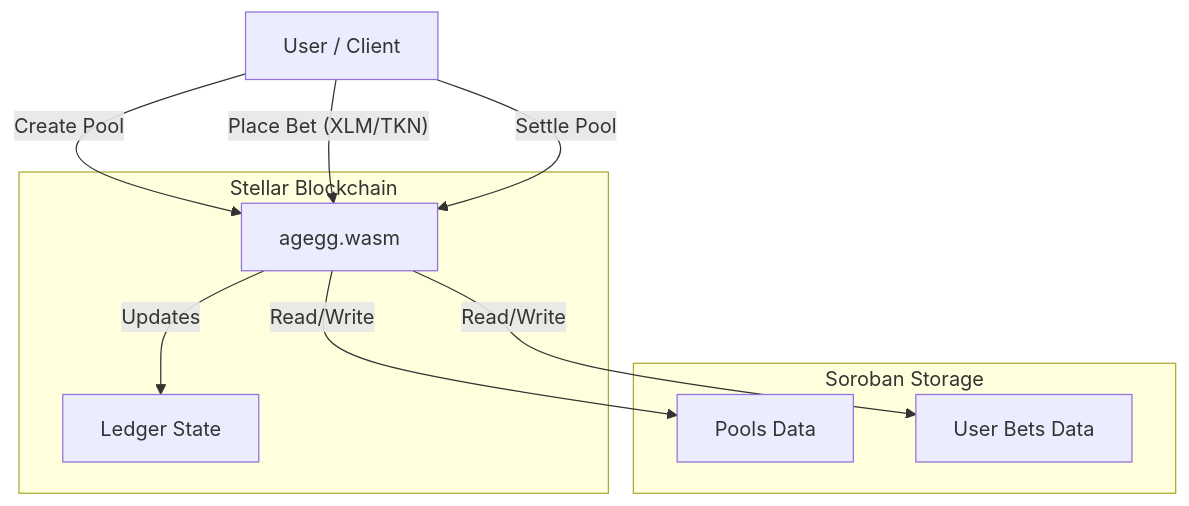
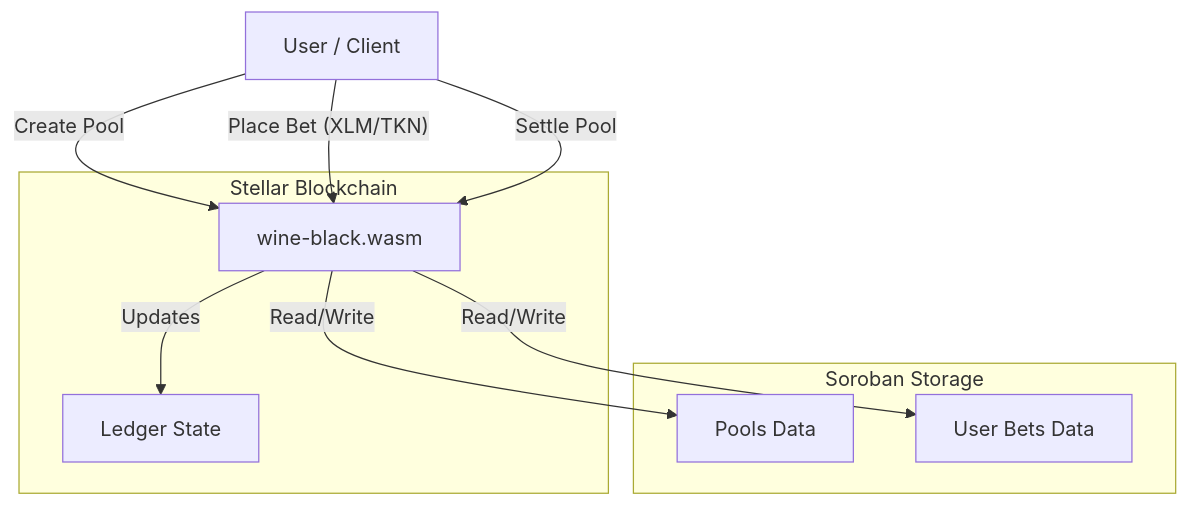
The first of 2 diagrams in README.md (deborahairtel887-dotcom/wine-black), drawn with Mermaid before and after one commit. The commit also changed other lines of this file and 227 other files, not shown here.

Commit message:
feat: rename project to Wine Black Stellar

````diff
--- a/README.md
+++ b/README.md
@@ -13,22 +24,22 @@
 ```mermaid
 graph TD
     User[User / Client]
     
     subgraph Stellar_Blockchain [Stellar Blockchain]
-        Contract[agegg.wasm]
+        Contract[wine-black.wasm]
         Ledger[Ledger State]
     end
     
     subgraph Storage [Soroban Storage]
         Pools[Pools Data]
         UserBets[User Bets Data]
     end
 
     User -- "Create Pool" --> Contract
     User -- "Place Bet (XLM/TKN)" --> Contract
     User -- "Settle Pool" --> Contract
     
     Contract -- Read/Write --> Pools
     Contract -- Read/Write --> UserBets
     Contract -- Updates --> Ledger
 ```
````
